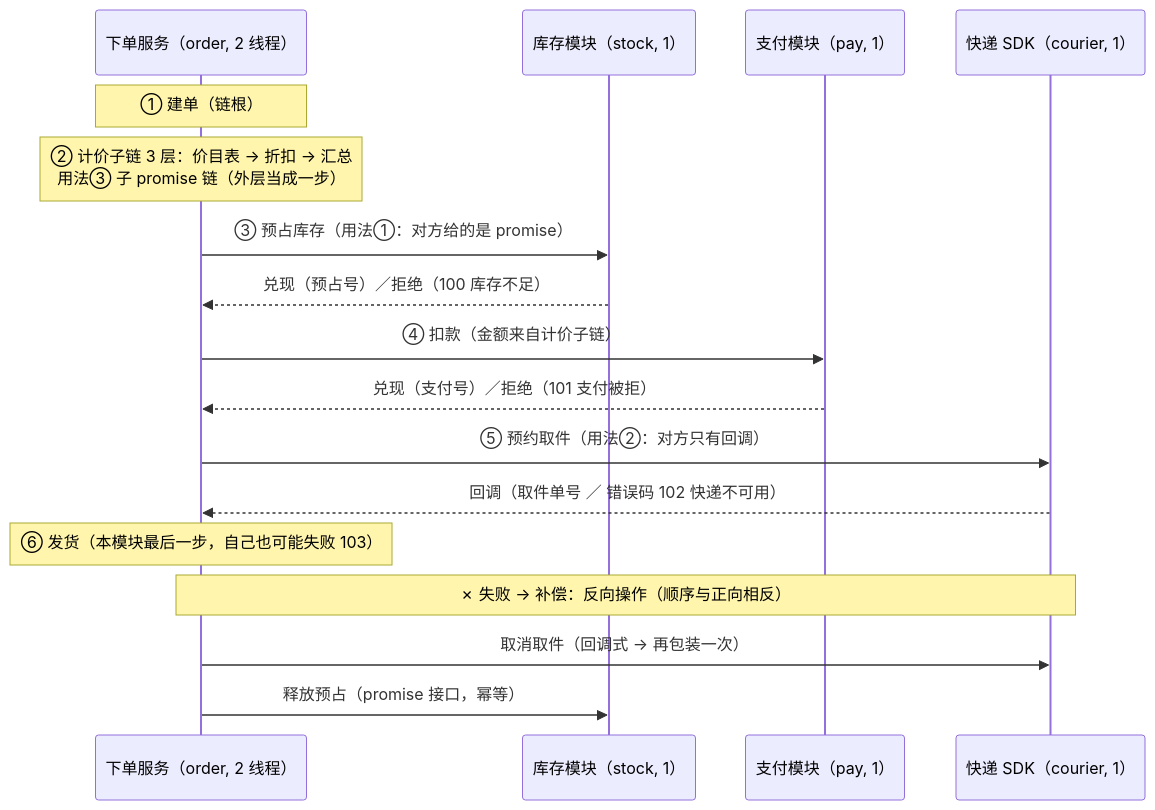
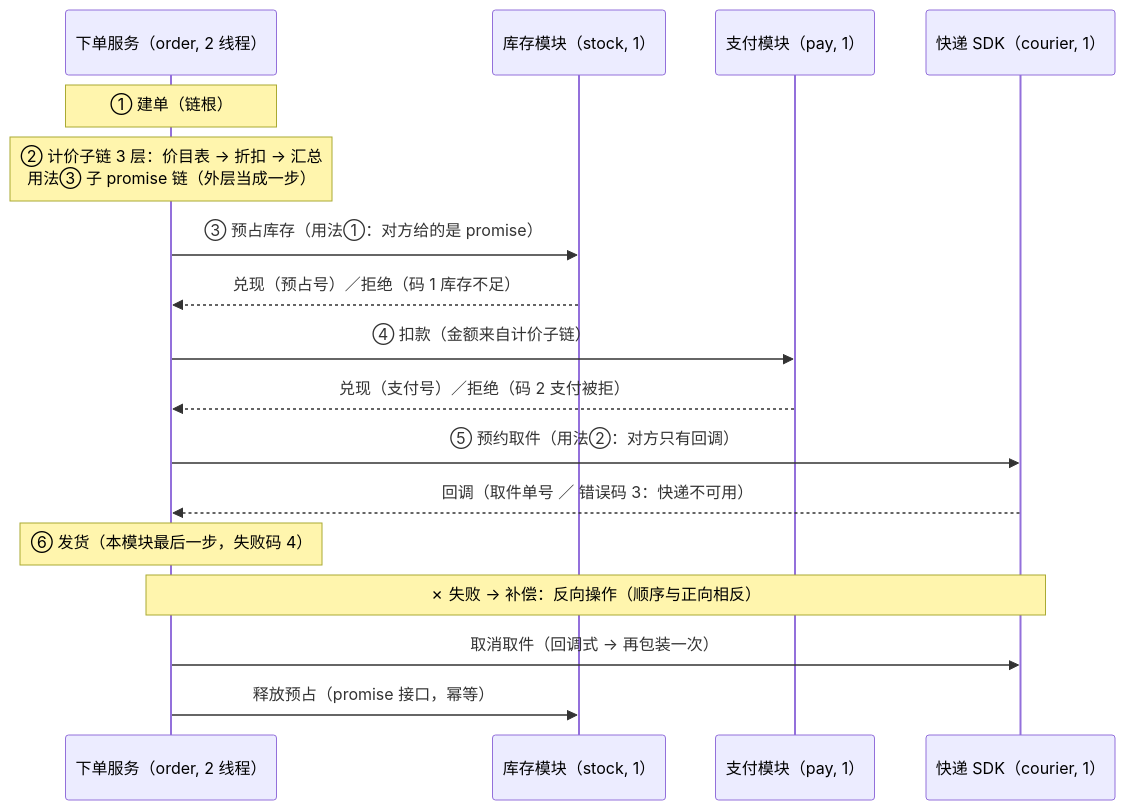
Before and after one commit to MYMarcoreus/COM-Framework: the first of 2 diagrams in docs/common/async-style.md, drawn with Mermaid. The commit also changed other lines of this file and 15 other files, not shown here.

````diff
--- a/docs/common/async-style.md
+++ b/docs/common/async-style.md
@@ -29,20 +29,20 @@
 ```mermaid
 sequenceDiagram
     participant O as 下单服务（order, 2 线程）
     participant S as 库存模块（stock, 1）
     participant P as 支付模块（pay, 1）
     participant C as 快递 SDK（courier, 1）
 
     Note over O: ① 建单（链根）
     Note over O: ② 计价子链 3 层：价目表 → 折扣 → 汇总<br/>用法③ 子 promise 链（外层当成一步）
     O->>S: ③ 预占库存（用法①：对方给的是 promise）
-    S-->>O: 兑现（预占号）／拒绝（100 库存不足）
+    S-->>O: 兑现（预占号）／拒绝（码 1 库存不足）
     O->>P: ④ 扣款（金额来自计价子链）
-    P-->>O: 兑现（支付号）／拒绝（101 支付被拒）
+    P-->>O: 兑现（支付号）／拒绝（码 2 支付被拒）
     O->>C: ⑤ 预约取件（用法②：对方只有回调）
-    C-->>O: 回调（取件单号 ／ 错误码 102 快递不可用）
-    Note over O: ⑥ 发货（本模块最后一步，自己也可能失败 103）
+    C-->>O: 回调（取件单号 ／ 错误码 3：快递不可用）
+    Note over O: ⑥ 发货（本模块最后一步，失败码 4）
     Note over O,C: ✗ 失败 → 补偿：反向操作（顺序与正向相反）
     O->>C: 取消取件（回调式 → 再包装一次）
     O->>S: 释放预占（promise 接口，幂等）
 ```
````
